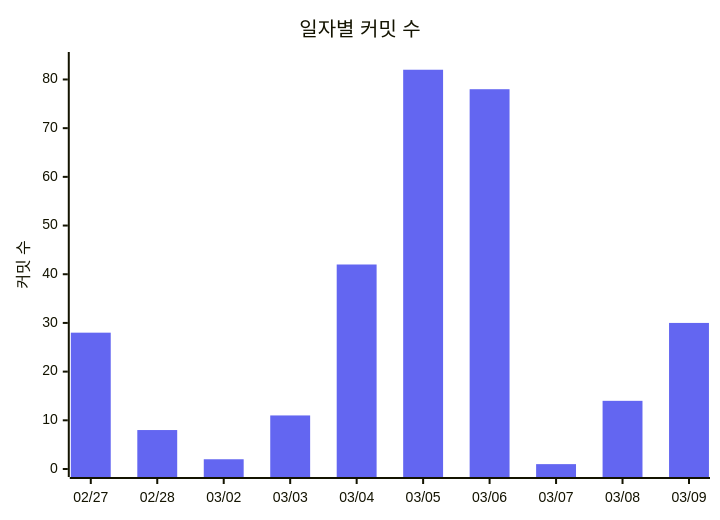
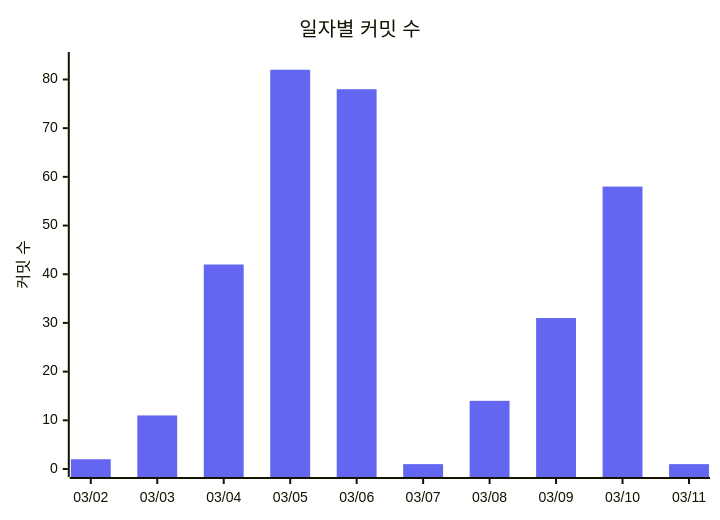
Before and after one commit to 3rd-project-team-1/ALYAC-market-team1: the fourth of 4 diagrams in README.md, drawn with Mermaid. The commit also changed other lines of this file, not shown here.

````diff
--- a/README.md
+++ b/README.md
@@ -452,12 +452,12 @@
 ```mermaid
 %%{init: { 'theme': 'base', 'themeVariables': {
   'xyChart': {
     'plotColorPalette': '#6366f1'
   }
 } } }%%
 xychart-beta
   title "일자별 커밋 수"
-  x-axis ["02/27", "02/28", "03/02", "03/03", "03/04", "03/05", "03/06", "03/07", "03/08", "03/09"]
+  x-axis ["03/02", "03/03", "03/04", "03/05", "03/06", "03/07", "03/08", "03/09", "03/10", "03/11"]
   y-axis "커밋 수" 0 --> 84
-  bar [28, 8, 2, 11, 42, 82, 78, 1, 14, 30]
+  bar [2, 11, 42, 82, 78, 1, 14, 31, 58, 1]
 ```
````
